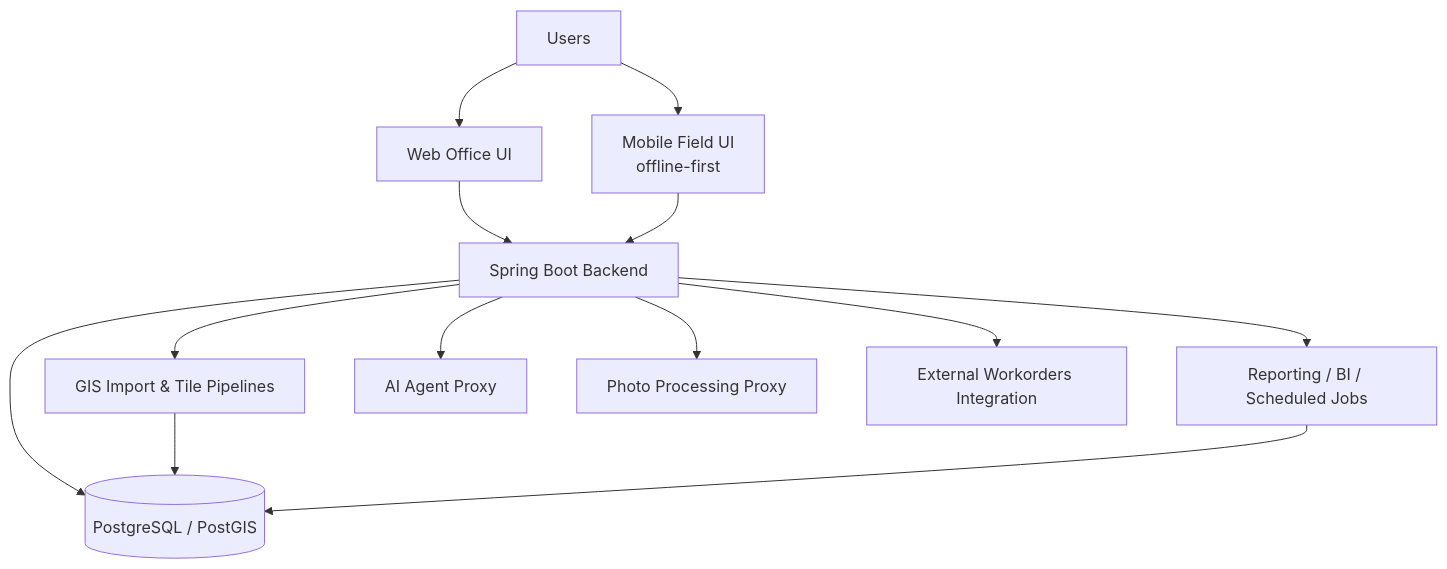
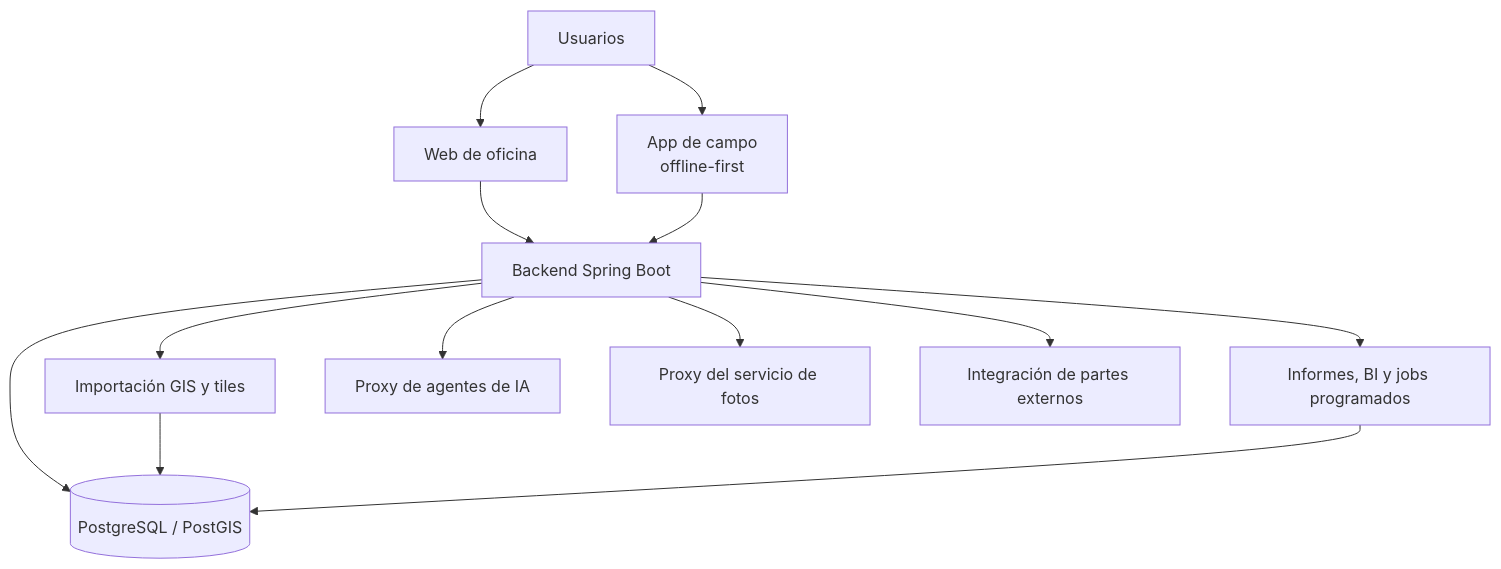
The first of 3 diagrams in architecture/appfibra-architecture.md (rabiiie/rsamadi-portfolio), drawn with Mermaid before and after one commit. The commit also changed other lines of this file and 8 other files, not shown here.

````diff
--- a/architecture/appfibra-architecture.md
+++ b/architecture/appfibra-architecture.md
@@ -7,18 +7,18 @@
 ```mermaid
 flowchart TB
-    Users["Users"] --> Web["Web Office UI"]
-    Users --> Mobile["Mobile Field UI<br/>offline-first"]
+    Users["Usuarios"] --> Web["Web de oficina"]
+    Users --> Mobile["App de campo<br/>offline-first"]
 
-    Web --> API["Spring Boot Backend"]
+    Web --> API["Backend Spring Boot"]
     Mobile --> API
 
     API --> DB[("PostgreSQL / PostGIS")]
-    API --> GIS["GIS Import & Tile Pipelines"]
-    API --> BI["Reporting / BI / Scheduled Jobs"]
-    API --> Agent["AI Agent Proxy"]
-    API --> Photo["Photo Processing Proxy"]
-    API --> Ext["External Workorders Integration"]
+    API --> GIS["Importación GIS y tiles"]
+    API --> BI["Informes, BI y jobs programados"]
+    API --> Agent["Proxy de agentes de IA"]
+    API --> Photo["Proxy del servicio de fotos"]
+    API --> Ext["Integración de partes externos"]
 
     GIS --> DB
     BI --> DB
 ```
````
